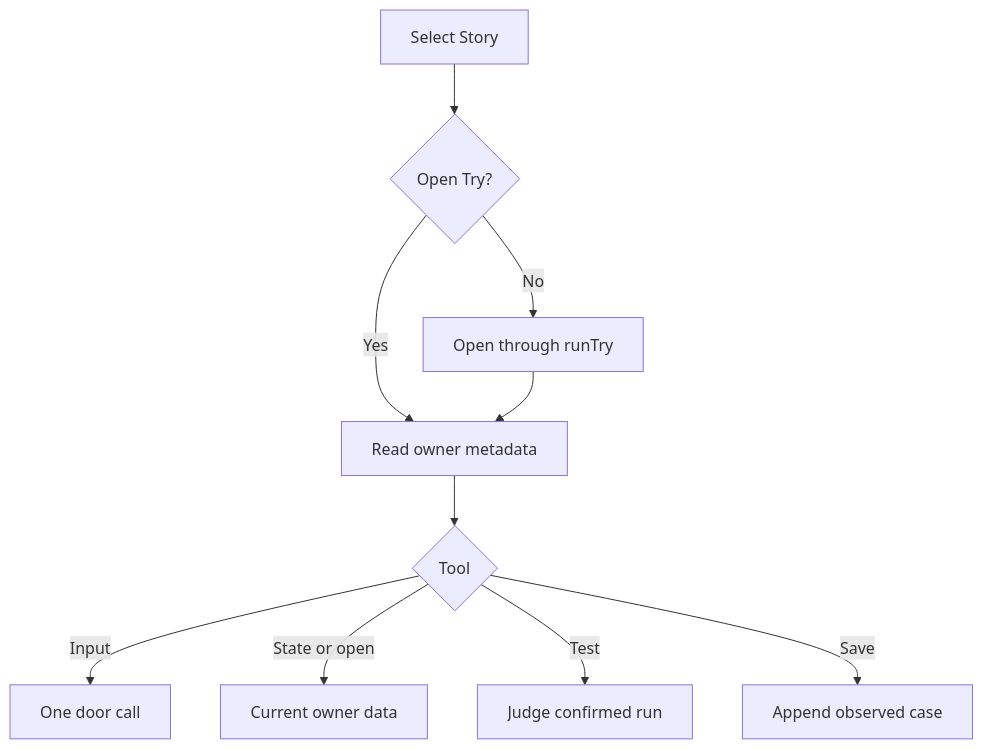
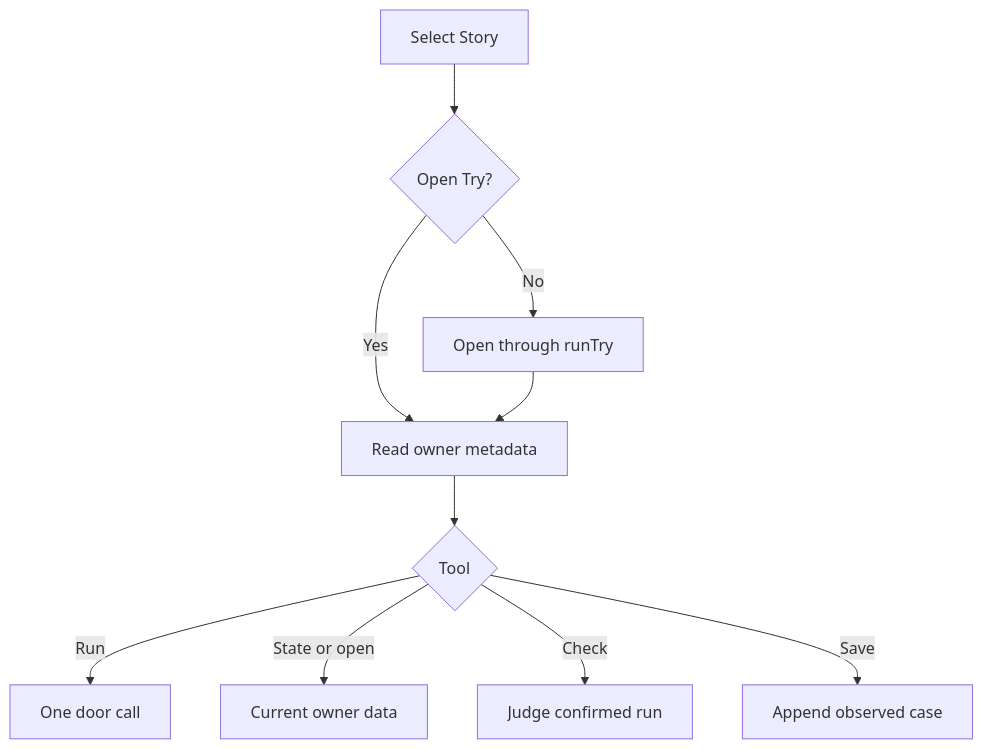
The diagram in prompts/cli/try-mcp.prompt.md (promptdriven/pdd), drawn with Mermaid before and after one commit. The commit also changed other lines of this file and 17 other files, not shown here.

````diff
--- a/prompts/cli/try-mcp.prompt.md
+++ b/prompts/cli/try-mcp.prompt.md
@@ -7,12 +7,12 @@
 ```mermaid
 flowchart TD
  S[Select Story] --> O{Open Try?}
  O -->|No| N[Open through runTry]
  O -->|Yes| R[Read owner metadata]
  N --> R
  R --> V{Tool}
- V -->|Input| C[One door call]
+ V -->|Run| C[One door call]
  V -->|State or open| D[Current owner data]
- V -->|Test| J[Judge confirmed run]
+ V -->|Check| J[Judge confirmed run]
  V -->|Save| A[Append observed case]
 ```
````
